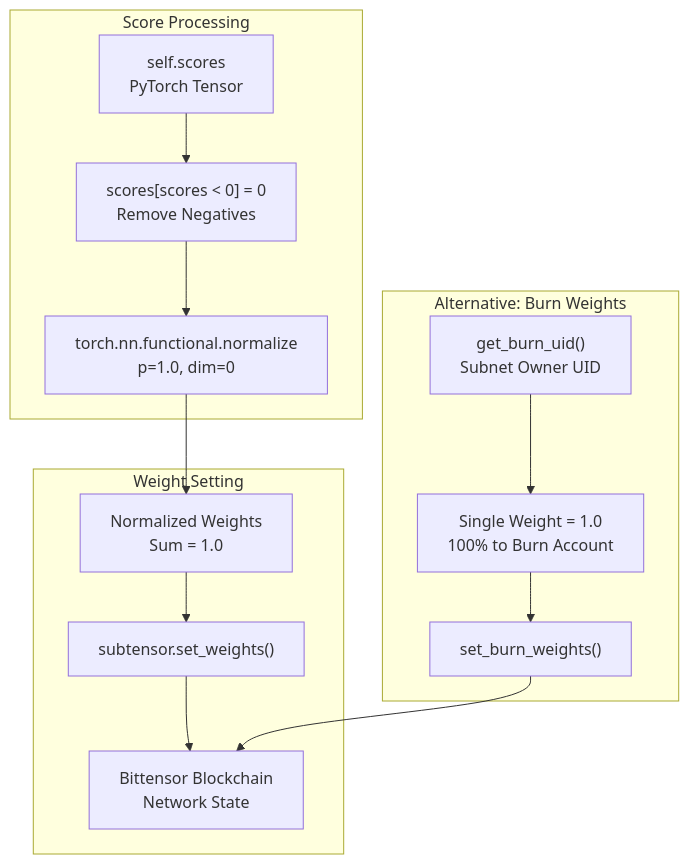
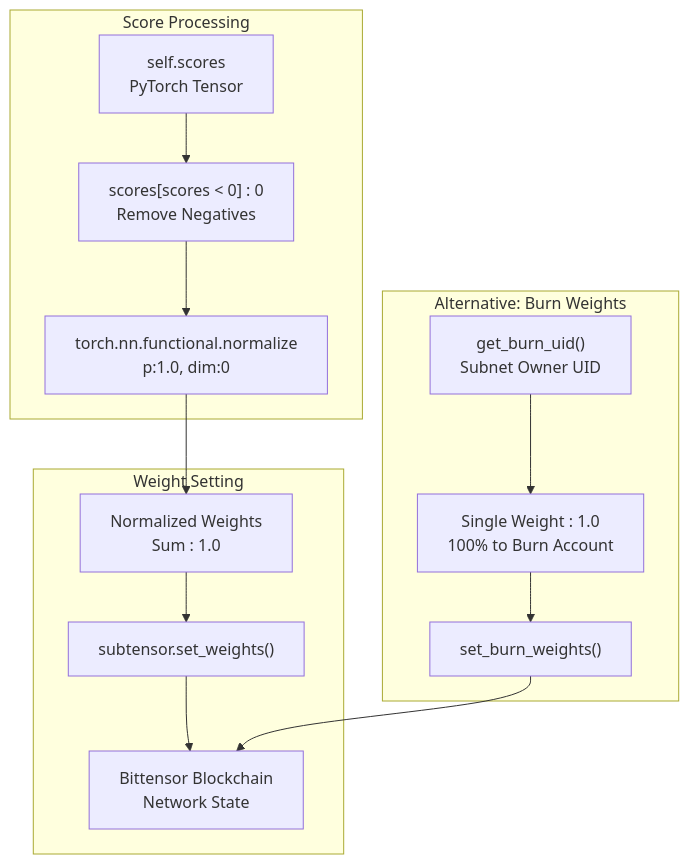
Before and after one commit to neuralinternet/docs: the fifth of 6 diagrams in src/content/docs/validator-system/scoring-system.mdx, drawn with Mermaid. The commit also changed other lines of this file and 184 other files, not shown here.

````diff
--- a/src/content/docs/validator-system/scoring-system.mdx
+++ b/src/content/docs/validator-system/scoring-system.mdx
@@ -217,30 +217,30 @@
 ```mermaid
 flowchart TD
     subgraph "Score Processing"
         SCORES["self.scores<br/>PyTorch Tensor"]
-        CLAMP["scores[scores < 0] = 0<br/>Remove Negatives"]
-        NORMALIZE["torch.nn.functional.normalize<br/>p=1.0, dim=0"]
+        CLAMP["scores[scores < 0] : 0<br/>Remove Negatives"]
+        NORMALIZE["torch.nn.functional.normalize<br/>p:1.0, dim:0"]
     end
     
     subgraph "Weight Setting"
-        WEIGHTS["Normalized Weights<br/>Sum = 1.0"]
+        WEIGHTS["Normalized Weights<br/>Sum : 1.0"]
         SUBTENSOR["subtensor.set_weights()"]
         BLOCKCHAIN["Bittensor Blockchain<br/>Network State"]
     end
     
     subgraph "Alternative: Burn Weights"
         BURN_UID["get_burn_uid()<br/>Subnet Owner UID"]
-        BURN_WEIGHT["Single Weight = 1.0<br/>100% to Burn Account"]
+        BURN_WEIGHT["Single Weight : 1.0<br/>100% to Burn Account"]
         BURN_SET["set_burn_weights()"]
     end
     
     SCORES --> CLAMP
     CLAMP --> NORMALIZE
     NORMALIZE --> WEIGHTS
     WEIGHTS --> SUBTENSOR
     SUBTENSOR --> BLOCKCHAIN
     
     BURN_UID --> BURN_WEIGHT
     BURN_WEIGHT --> BURN_SET
     BURN_SET --> BLOCKCHAIN
 ```
````
